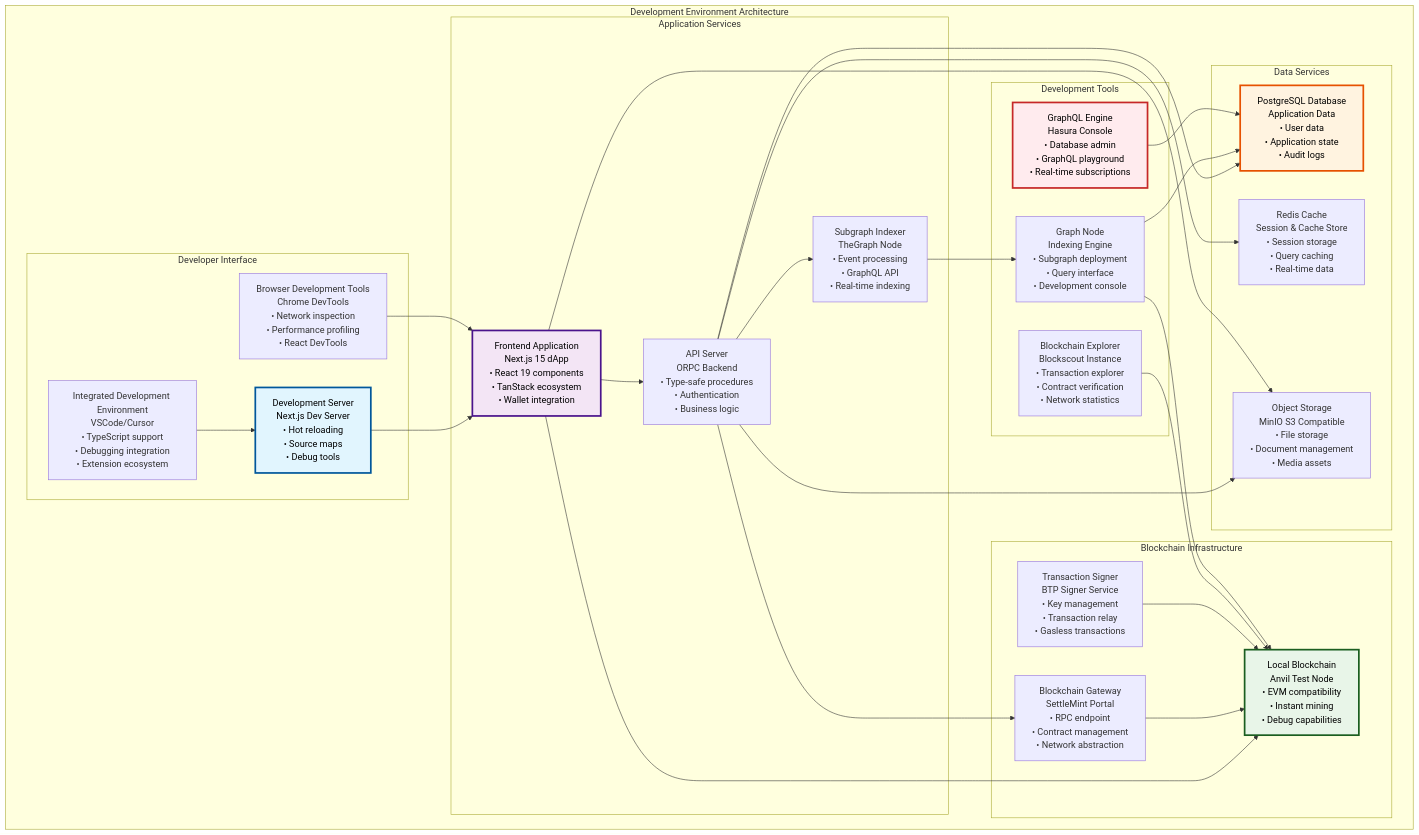
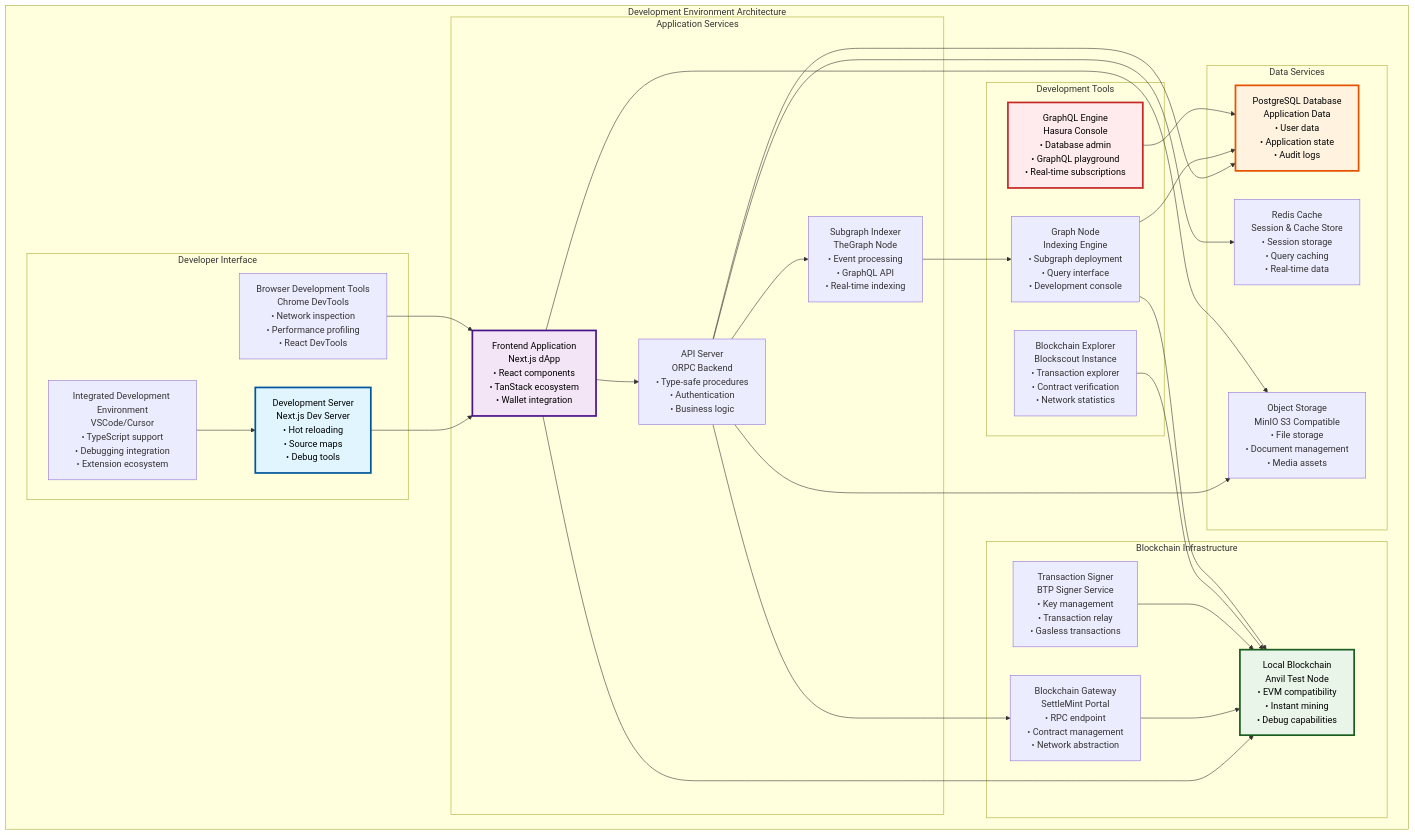
Before and after one commit to settlemint/asset-tokenization-kit: the first of 9 diagrams in kit/docs/content/docs/04-development-environment.md, drawn with Mermaid. The commit also changed other lines of this file and 8 other files, not shown here.

````diff
--- a/kit/docs/content/docs/04-development-environment.md
+++ b/kit/docs/content/docs/04-development-environment.md
@@ -30,81 +30,81 @@
 ```mermaid
 graph TB
     subgraph "Development Environment Architecture"
         subgraph "Developer Interface"
             DevServer[Development Server<br/>Next.js Dev Server<br/>• Hot reloading<br/>• Source maps<br/>• Debug tools]
             
             IDE[Integrated Development Environment<br/>VSCode/Cursor<br/>• TypeScript support<br/>• Debugging integration<br/>• Extension ecosystem]
             
             Browser[Browser Development Tools<br/>Chrome DevTools<br/>• Network inspection<br/>• Performance profiling<br/>• React DevTools]
         end
         
         subgraph "Application Services"
-            Frontend[Frontend Application<br/>Next.js 15 dApp<br/>• React 19 components<br/>• TanStack ecosystem<br/>• Wallet integration]
+            Frontend[Frontend Application<br/>Next.js dApp<br/>• React components<br/>• TanStack ecosystem<br/>• Wallet integration]
             
             API[API Server<br/>ORPC Backend<br/>• Type-safe procedures<br/>• Authentication<br/>• Business logic]
             
             Subgraph[Subgraph Indexer<br/>TheGraph Node<br/>• Event processing<br/>• GraphQL API<br/>• Real-time indexing]
         end
         
         subgraph "Blockchain Infrastructure"
             Anvil[Local Blockchain<br/>Anvil Test Node<br/>• EVM compatibility<br/>• Instant mining<br/>• Debug capabilities]
             
             TxSigner[Transaction Signer<br/>BTP Signer Service<br/>• Key management<br/>• Transaction relay<br/>• Gasless transactions]
             
             Portal[Blockchain Gateway<br/>SettleMint Portal<br/>• RPC endpoint<br/>• Contract management<br/>• Network abstraction]
         end
         
         subgraph "Data Services"
             PostgreSQL[PostgreSQL Database<br/>Application Data<br/>• User data<br/>• Application state<br/>• Audit logs]
             
             Redis[Redis Cache<br/>Session & Cache Store<br/>• Session storage<br/>• Query caching<br/>• Real-time data]
             
             MinIO[Object Storage<br/>MinIO S3 Compatible<br/>• File storage<br/>• Document management<br/>• Media assets]
         end
         
         subgraph "Development Tools"
             Hasura[GraphQL Engine<br/>Hasura Console<br/>• Database admin<br/>• GraphQL playground<br/>• Real-time subscriptions]
             
             Blockscout[Blockchain Explorer<br/>Blockscout Instance<br/>• Transaction explorer<br/>• Contract verification<br/>• Network statistics]
             
             GraphNode[Graph Node<br/>Indexing Engine<br/>• Subgraph deployment<br/>• Query interface<br/>• Development console]
         end
     end
     
     %% Developer interactions
     DevServer --> Frontend
     IDE --> DevServer
     Browser --> Frontend
     
     %% Application flow
     Frontend --> API
     API --> PostgreSQL
     API --> Redis
     API --> Subgraph
     
     %% Blockchain interactions
     Frontend --> Anvil
     API --> Portal
     Portal --> Anvil
     TxSigner --> Anvil
     
     %% Data flow
     Subgraph --> GraphNode
     GraphNode --> PostgreSQL
     Hasura --> PostgreSQL
     
     %% Storage
     API --> MinIO
     Frontend --> MinIO
     
     %% Development tools
     Blockscout --> Anvil
     GraphNode --> Anvil
     
     %% Styling
     style DevServer fill:#e1f5fe,stroke:#01579b,color:#000000,stroke-width:3px
     style Frontend fill:#f3e5f5,stroke:#4a148c,color:#000000,stroke-width:3px
     style Anvil fill:#e8f5e8,stroke:#1b5e20,color:#000000,stroke-width:3px
     style PostgreSQL fill:#fff3e0,stroke:#e65100,color:#000000,stroke-width:3px
     style Hasura fill:#ffebee,stroke:#c62828,color:#000000,stroke-width:3px
 ```
````
